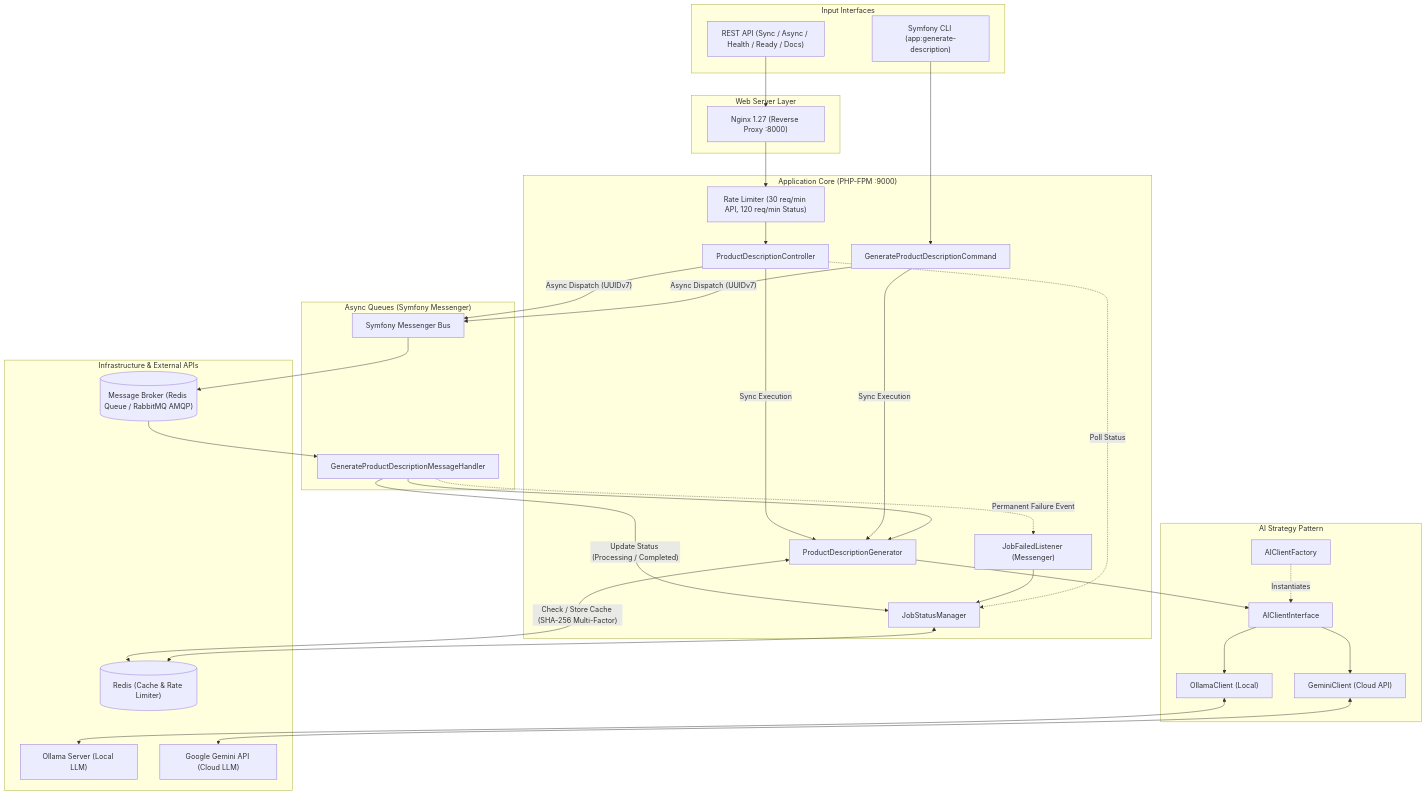
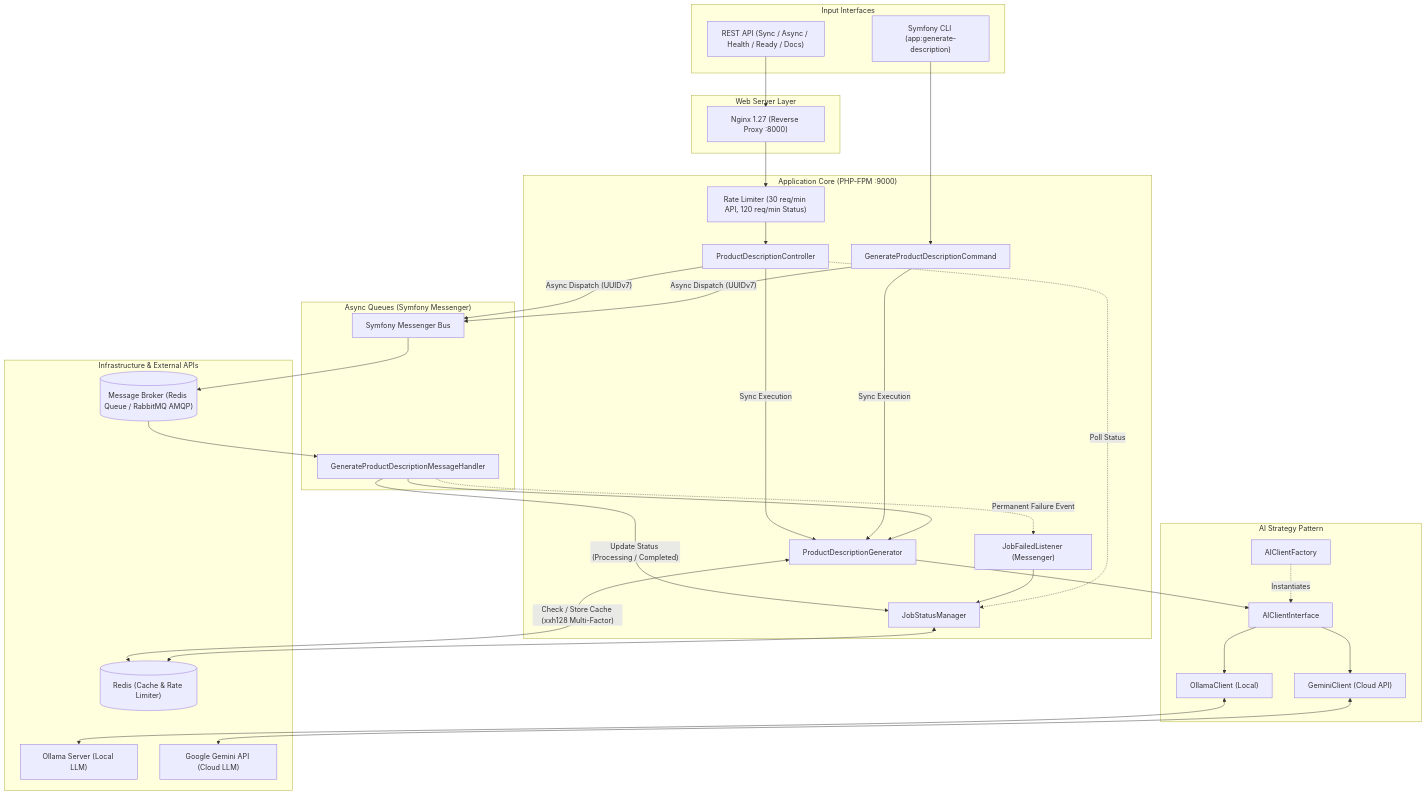
Before and after one commit to michal-kraus/ai-product-description-microservice: the diagram in README.md, drawn with Mermaid. The commit also changed other lines of this file and 1 other file, not shown here.

Commit message:
docs: align readme architecture, project structure, and tooling with codebase

````diff
--- a/README.md
+++ b/README.md
@@ -25,66 +25,66 @@
 ```mermaid
 flowchart TD
     subgraph Clients ["Input Interfaces"]
         HTTP["REST API (Sync / Async / Health / Ready / Docs)"]
         CLI["Symfony CLI (app:generate-description)"]
     end
 
     subgraph WebServer ["Web Server Layer"]
         Nginx["Nginx 1.27 (Reverse Proxy :8000)"]
     end
 
     subgraph App ["Application Core (PHP-FPM :9000)"]
         Limiter["Rate Limiter (30 req/min API, 120 req/min Status)"]
         Controller["ProductDescriptionController"]
         Command["GenerateProductDescriptionCommand"]
         Generator["ProductDescriptionGenerator"]
         JobManager["JobStatusManager"]
         JobListener["JobFailedListener (Messenger)"]
     end
 
     subgraph MessengerLayer ["Async Queues (Symfony Messenger)"]
         Bus["Symfony Messenger Bus"]
         Handler["GenerateProductDescriptionMessageHandler"]
     end
 
     subgraph AIService ["AI Strategy Pattern"]
         Factory["AIClientFactory"]
         Strategy["AIClientInterface"]
         Ollama["OllamaClient (Local)"]
         Gemini["GeminiClient (Cloud API)"]
     end
 
     subgraph Infra ["Infrastructure & External APIs"]
         RedisCache[("Redis (Cache & Rate Limiter)")]
         Queues[("Message Broker (Redis Queue / RabbitMQ AMQP)")]
         OllamaSrv["Ollama Server (Local LLM)"]
         GeminiAPI["Google Gemini API (Cloud LLM)"]
     end
 
     HTTP --> Nginx --> Limiter --> Controller
     CLI --> Command
 
     Controller -- "Sync Execution" --> Generator
     Command -- "Sync Execution" --> Generator
 
     Controller -- "Async Dispatch (UUIDv7)" --> Bus
     Command -- "Async Dispatch (UUIDv7)" --> Bus
 
     Bus --> Queues --> Handler
     Handler -- "Update Status (Processing / Completed)" --> JobManager
     Handler --> Generator
     Handler -. "Permanent Failure Event" .-> JobListener --> JobManager
 
-    Generator <-->|"Check / Store Cache (SHA-256 Multi-Factor)"| RedisCache
+    Generator <-->|"Check / Store Cache (xxh128 Multi-Factor)"| RedisCache
     Generator --> Strategy
 
     Factory -. "Instantiates" .-> Strategy
     Strategy --> Ollama
     Strategy --> Gemini
 
     Ollama <--> OllamaSrv
     Gemini <--> GeminiAPI
 
     Controller -. "Poll Status" .-> JobManager
     JobManager <--> RedisCache
 ```
````
